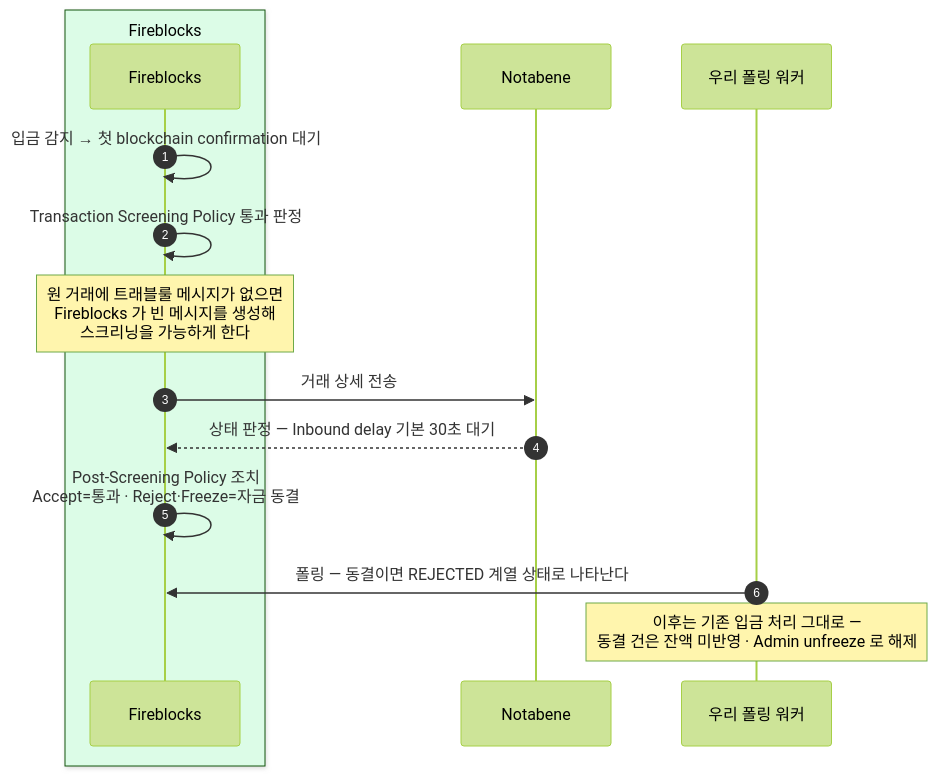
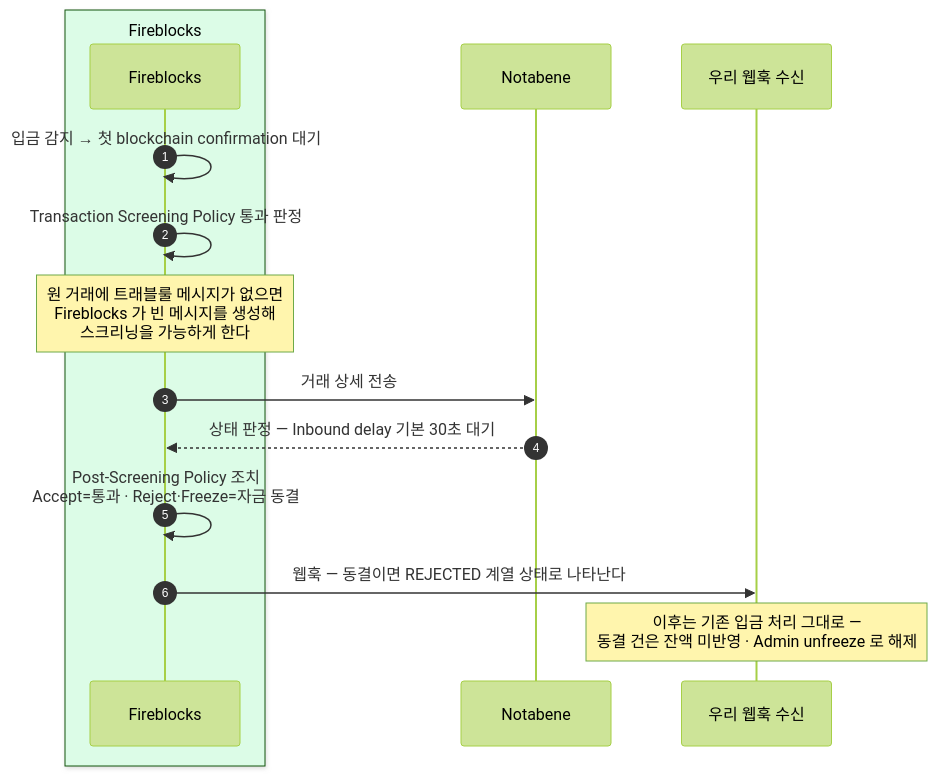
One commit to eunsujeo/eunpus changed the diagram in blockchain-manager/docs/트래블룰/설계/03-deposit.md. Above: the diagram before and after it, drawn with Mermaid (forest theme). The commit also changed other lines of this file and 31 other files, not shown here.

````diff
--- a/blockchain-manager/docs/트래블룰/설계/03-deposit.md
+++ b/blockchain-manager/docs/트래블룰/설계/03-deposit.md
@@ -12,18 +12,18 @@
 ```mermaid
 sequenceDiagram
     autonumber
     box rgb(220,252,231) Fireblocks
     participant FB as Fireblocks
     end
     participant NB as Notabene
-    participant PW as 우리 폴링 워커
+    participant PW as 우리 웹훅 수신
 
     FB->>FB: 입금 감지 → 첫 blockchain confirmation 대기
     FB->>FB: Transaction Screening Policy 통과 판정
     Note over FB: 원 거래에 트래블룰 메시지가 없으면<br/>Fireblocks 가 빈 메시지를 생성해<br/>스크리닝을 가능하게 한다
     FB->>NB: 거래 상세 전송
     NB-->>FB: 상태 판정 — Inbound delay 기본 30초 대기
     FB->>FB: Post-Screening Policy 조치<br/>Accept=통과 · Reject·Freeze=자금 동결
-    PW->>FB: 폴링 — 동결이면 REJECTED 계열 상태로 나타난다
+    FB->>PW: 웹훅 — 동결이면 REJECTED 계열 상태로 나타난다
     Note over PW: 이후는 기존 입금 처리 그대로 —<br/>동결 건은 잔액 미반영 · Admin unfreeze 로 해제
 ```
````
